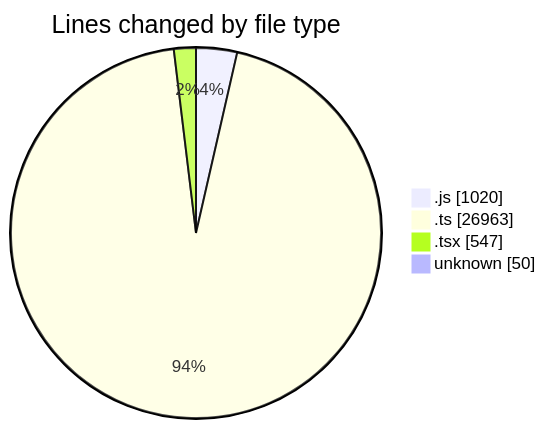
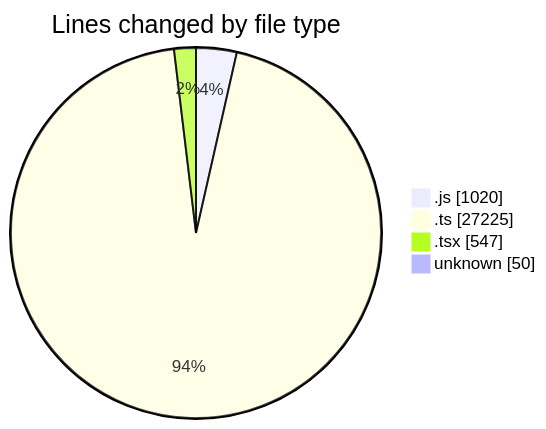
The first of 2 diagrams in 2026-01-15/cda/README.md (momahboobian/code-tracking), drawn with Mermaid before and after one commit. The commit also changed other lines of this file and 1 other file, not shown here.

````diff
--- a/2026-01-15/cda/README.md
+++ b/2026-01-15/cda/README.md
@@ -33,8 +34,8 @@
 ```mermaid
 pie showData
 title Lines changed by file type
 ".js" : 1020
-".ts" : 26963
+".ts" : 27225
 ".tsx" : 547
 "unknown" : 50
 ```
````
